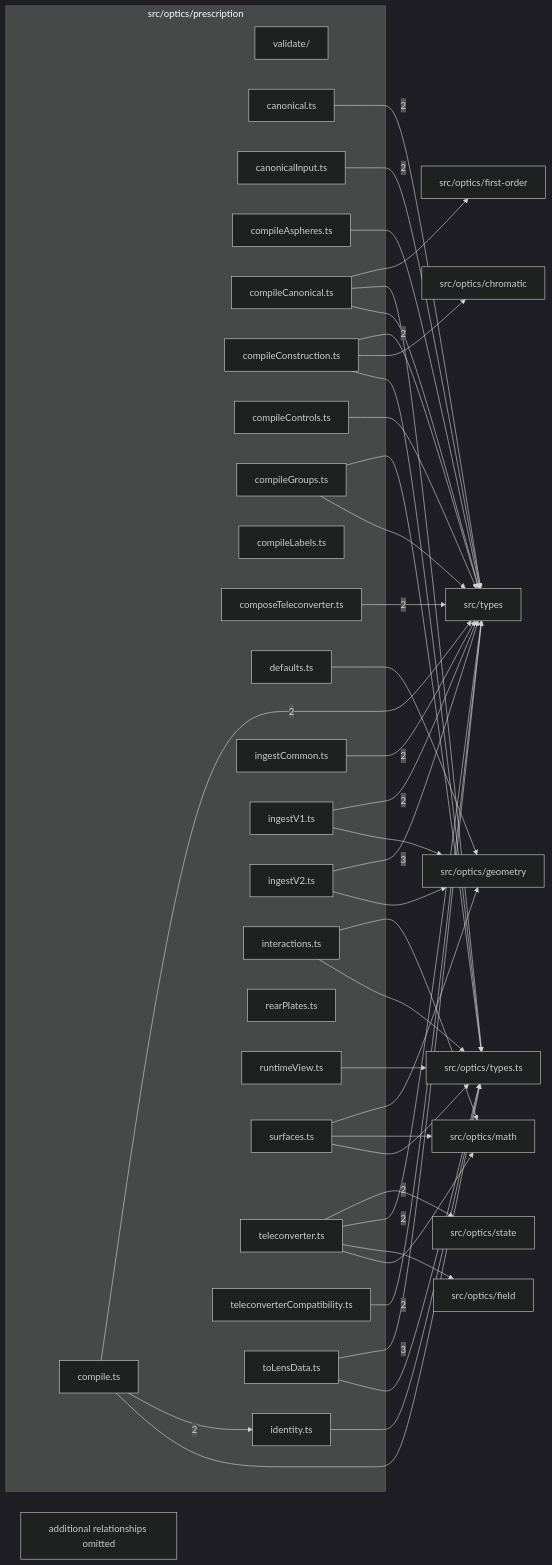
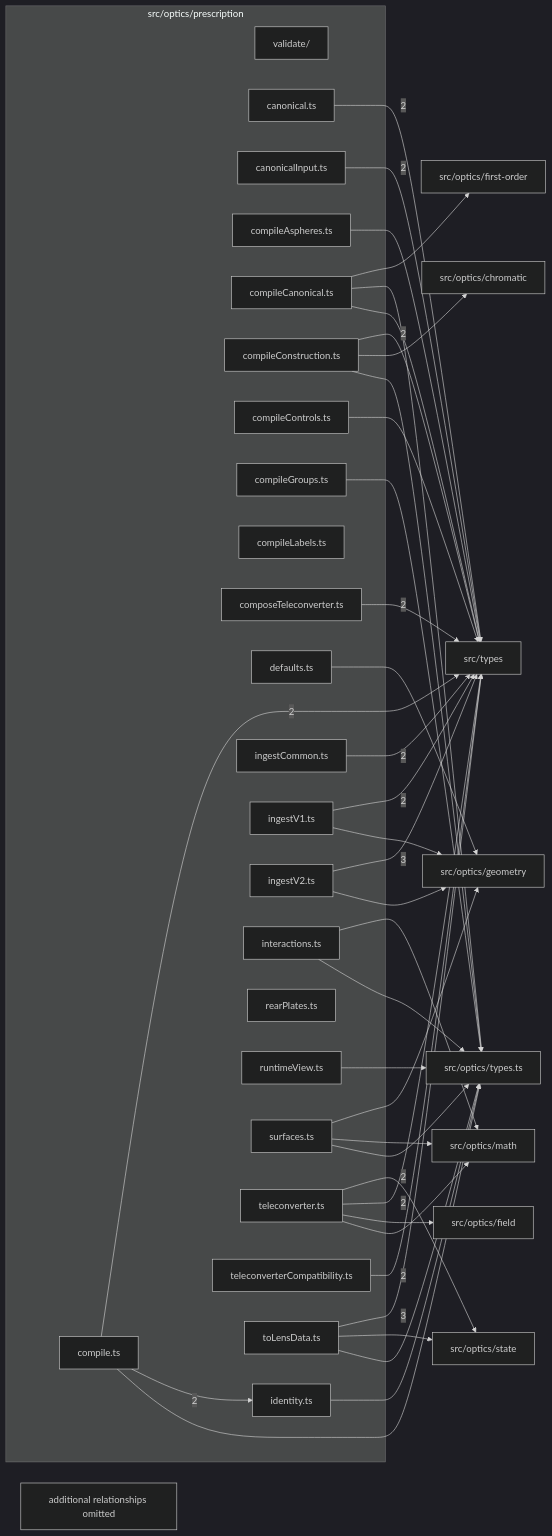
One commit to ronbuening/LensVisualizer changed the diagram in src/optics/prescription/readme.md. Above: the diagram before and after it, drawn with Mermaid (dark theme). The commit also changed other lines of this file and 23 other files, not shown here.

````diff
--- a/src/optics/prescription/readme.md
+++ b/src/optics/prescription/readme.md
@@ -9,73 +9,73 @@
 ```mermaid
 flowchart LR
   subgraph n_src_optics_prescription["src/optics/prescription"]
     n_src_optics_prescription_src_optics_prescription_validate["validate/"]
     n_src_optics_prescription_src_optics_prescription_canonical_ts["canonical.ts"]
     n_src_optics_prescription_src_optics_prescription_canonicalInput_ts["canonicalInput.ts"]
     n_src_optics_prescription_src_optics_prescription_compile_ts["compile.ts"]
     n_src_optics_prescription_src_optics_prescription_compileAspheres_ts["compileAspheres.ts"]
     n_src_optics_prescription_src_optics_prescription_compileCanonical_ts["compileCanonical.ts"]
     n_src_optics_prescription_src_optics_prescription_compileConstruction_ts["compileConstruction.ts"]
     n_src_optics_prescription_src_optics_prescription_compileControls_ts["compileControls.ts"]
     n_src_optics_prescription_src_optics_prescription_compileGroups_ts["compileGroups.ts"]
     n_src_optics_prescription_src_optics_prescription_compileLabels_ts["compileLabels.ts"]
     n_src_optics_prescription_src_optics_prescription_composeTeleconverter_ts["composeTeleconverter.ts"]
     n_src_optics_prescription_src_optics_prescription_defaults_ts["defaults.ts"]
     n_src_optics_prescription_src_optics_prescription_identity_ts["identity.ts"]
     n_src_optics_prescription_src_optics_prescription_ingestCommon_ts["ingestCommon.ts"]
     n_src_optics_prescription_src_optics_prescription_ingestV1_ts["ingestV1.ts"]
     n_src_optics_prescription_src_optics_prescription_ingestV2_ts["ingestV2.ts"]
     n_src_optics_prescription_src_optics_prescription_interactions_ts["interactions.ts"]
     n_src_optics_prescription_src_optics_prescription_rearPlates_ts["rearPlates.ts"]
     n_src_optics_prescription_src_optics_prescription_runtimeView_ts["runtimeView.ts"]
     n_src_optics_prescription_src_optics_prescription_surfaces_ts["surfaces.ts"]
     n_src_optics_prescription_src_optics_prescription_teleconverter_ts["teleconverter.ts"]
     n_src_optics_prescription_src_optics_prescription_teleconverterCompatibility_ts["teleconverterCompatibility.ts"]
     n_src_optics_prescription_src_optics_prescription_toLensData_ts["toLensData.ts"]
   end
   n_external_src_types["src/types"]
   n_external_src_optics_state["src/optics/state"]
   n_external_src_optics_chromatic["src/optics/chromatic"]
   n_external_src_optics_field["src/optics/field"]
   n_external_src_optics_first_order["src/optics/first-order"]
   n_external_src_optics_geometry["src/optics/geometry"]
   n_external_src_optics_math["src/optics/math"]
   n_external_src_optics_types_ts["src/optics/types.ts"]
   n_src_optics_prescription_src_optics_prescription_ingestV2_ts --> |3| n_external_src_types
   n_src_optics_prescription_src_optics_prescription_toLensData_ts --> |3| n_external_src_types
   n_src_optics_prescription_src_optics_prescription_teleconverter_ts --> |2| n_external_src_optics_state
   n_src_optics_prescription_src_optics_prescription_canonical_ts --> |2| n_external_src_types
   n_src_optics_prescription_src_optics_prescription_canonicalInput_ts --> |2| n_external_src_types
   n_src_optics_prescription_src_optics_prescription_compile_ts --> |2| n_external_src_types
   n_src_optics_prescription_src_optics_prescription_compileConstruction_ts --> |2| n_external_src_types
   n_src_optics_prescription_src_optics_prescription_composeTeleconverter_ts --> |2| n_external_src_types
   n_src_optics_prescription_src_optics_prescription_ingestCommon_ts --> |2| n_external_src_types
   n_src_optics_prescription_src_optics_prescription_ingestV1_ts --> |2| n_external_src_types
   n_src_optics_prescription_src_optics_prescription_teleconverter_ts --> |2| n_external_src_types
   n_src_optics_prescription_src_optics_prescription_teleconverterCompatibility_ts --> |2| n_external_src_types
   n_src_optics_prescription_src_optics_prescription_compile_ts --> |2| n_src_optics_prescription_src_optics_prescription_identity_ts
   n_src_optics_prescription_src_optics_prescription_compileConstruction_ts --> n_external_src_optics_chromatic
   n_src_optics_prescription_src_optics_prescription_teleconverter_ts --> n_external_src_optics_field
   n_src_optics_prescription_src_optics_prescription_compileCanonical_ts --> n_external_src_optics_first_order
   n_src_optics_prescription_src_optics_prescription_defaults_ts --> n_external_src_optics_geometry
   n_src_optics_prescription_src_optics_prescription_ingestV1_ts --> n_external_src_optics_geometry
   n_src_optics_prescription_src_optics_prescription_ingestV2_ts --> n_external_src_optics_geometry
   n_src_optics_prescription_src_optics_prescription_surfaces_ts --> n_external_src_optics_geometry
   n_src_optics_prescription_src_optics_prescription_interactions_ts --> n_external_src_optics_math
   n_src_optics_prescription_src_optics_prescription_surfaces_ts --> n_external_src_optics_math
   n_src_optics_prescription_src_optics_prescription_teleconverter_ts --> n_external_src_optics_math
+  n_src_optics_prescription_src_optics_prescription_toLensData_ts --> n_external_src_optics_state
   n_src_optics_prescription_src_optics_prescription_compile_ts --> n_external_src_optics_types_ts
   n_src_optics_prescription_src_optics_prescription_compileCanonical_ts --> n_external_src_optics_types_ts
   n_src_optics_prescription_src_optics_prescription_compileConstruction_ts --> n_external_src_optics_types_ts
   n_src_optics_prescription_src_optics_prescription_compileGroups_ts --> n_external_src_optics_types_ts
   n_src_optics_prescription_src_optics_prescription_identity_ts --> n_external_src_optics_types_ts
   n_src_optics_prescription_src_optics_prescription_interactions_ts --> n_external_src_optics_types_ts
   n_src_optics_prescription_src_optics_prescription_runtimeView_ts --> n_external_src_optics_types_ts
   n_src_optics_prescription_src_optics_prescription_surfaces_ts --> n_external_src_optics_types_ts
   n_src_optics_prescription_src_optics_prescription_toLensData_ts --> n_external_src_optics_types_ts
   n_src_optics_prescription_src_optics_prescription_compileAspheres_ts --> n_external_src_types
   n_src_optics_prescription_src_optics_prescription_compileCanonical_ts --> n_external_src_types
   n_src_optics_prescription_src_optics_prescription_compileControls_ts --> n_external_src_types
-  n_src_optics_prescription_src_optics_prescription_compileGroups_ts --> n_external_src_types
   n_src_optics_prescription_truncated["additional relationships omitted"]
 ```
````
